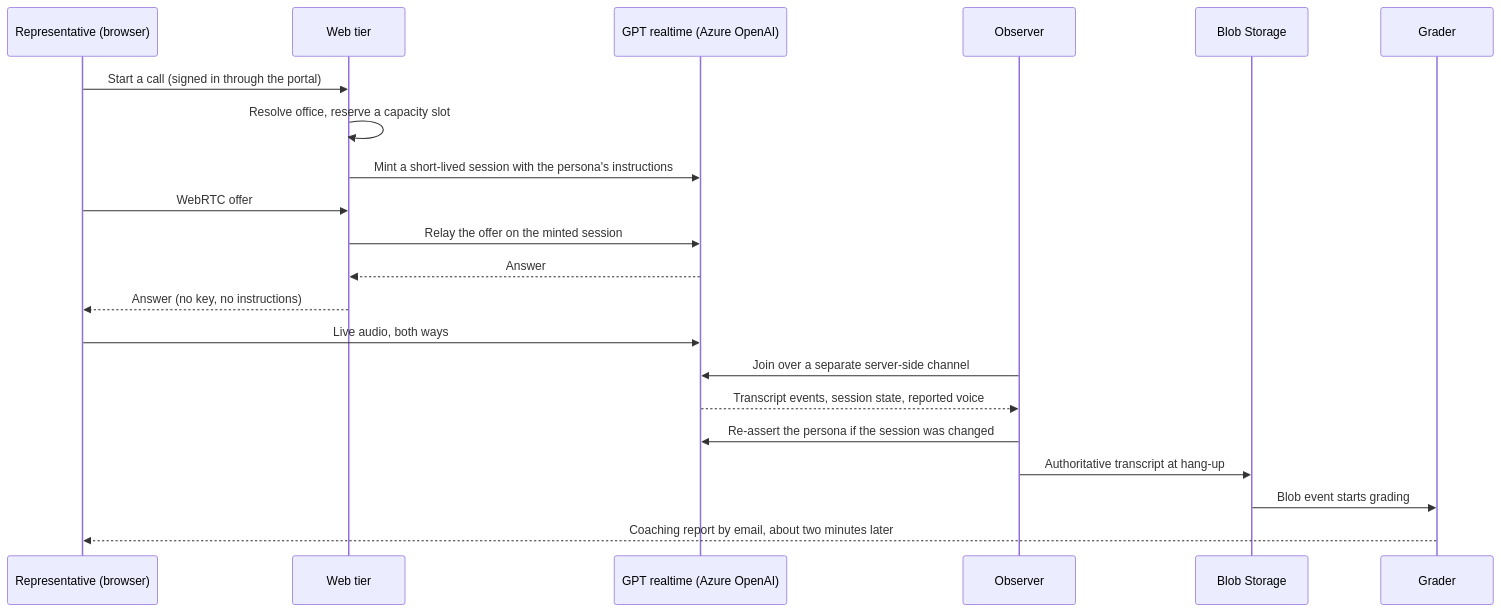
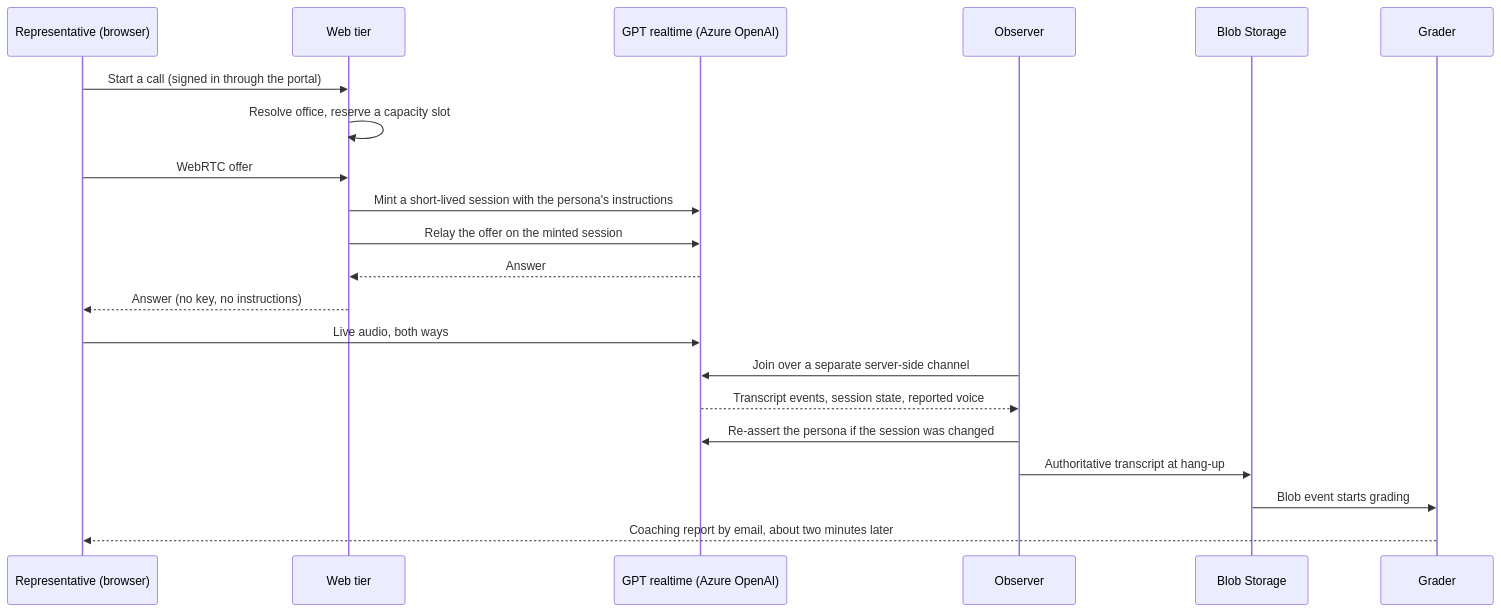
The diagram in docs/architecture.md (AIJSAI/connect-voice-ai-showcase), drawn with Mermaid before and after one commit. The commit also changed other lines of this file and 8 other files, not shown here.

````diff
--- a/docs/architecture.md
+++ b/docs/architecture.md
@@ -19,24 +19,24 @@
 ```mermaid
 sequenceDiagram
     participant B as Representative (browser)
     participant W as Web tier
     participant R as GPT realtime (Azure OpenAI)
     participant O as Observer
     participant S as Blob Storage
     participant G as Grader
 
     B->>W: Start a call (signed in through the portal)
     W->>W: Resolve office, reserve a capacity slot
+    B->>W: WebRTC offer
     W->>R: Mint a short-lived session with the persona's instructions
-    B->>W: WebRTC offer
     W->>R: Relay the offer on the minted session
     R-->>W: Answer
     W-->>B: Answer (no key, no instructions)
     B->>R: Live audio, both ways
     O->>R: Join over a separate server-side channel
     R-->>O: Transcript events, session state, reported voice
     O->>R: Re-assert the persona if the session was changed
     O->>S: Authoritative transcript at hang-up
     S->>G: Blob event starts grading
     G-->>B: Coaching report by email, about two minutes later
 ```
````
